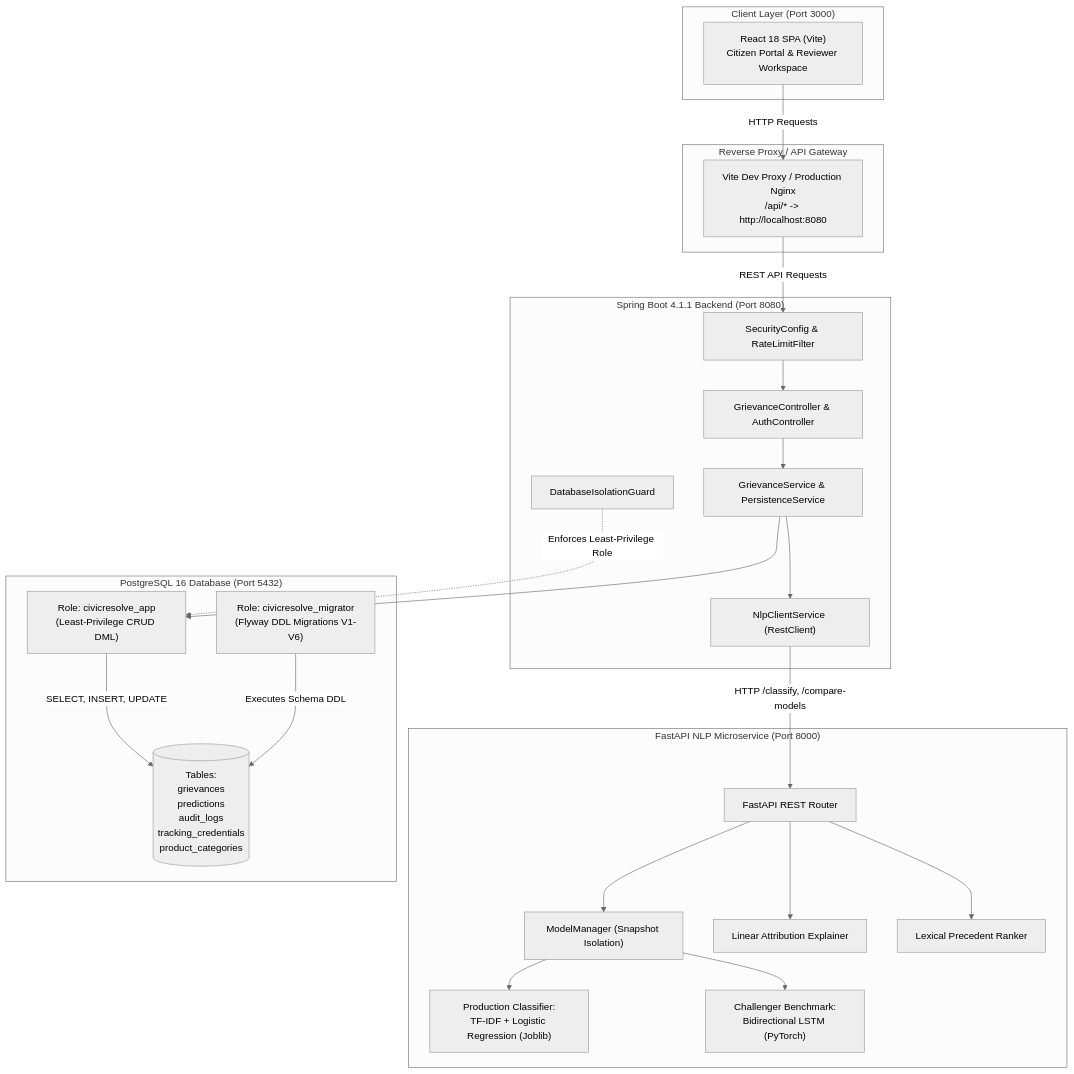
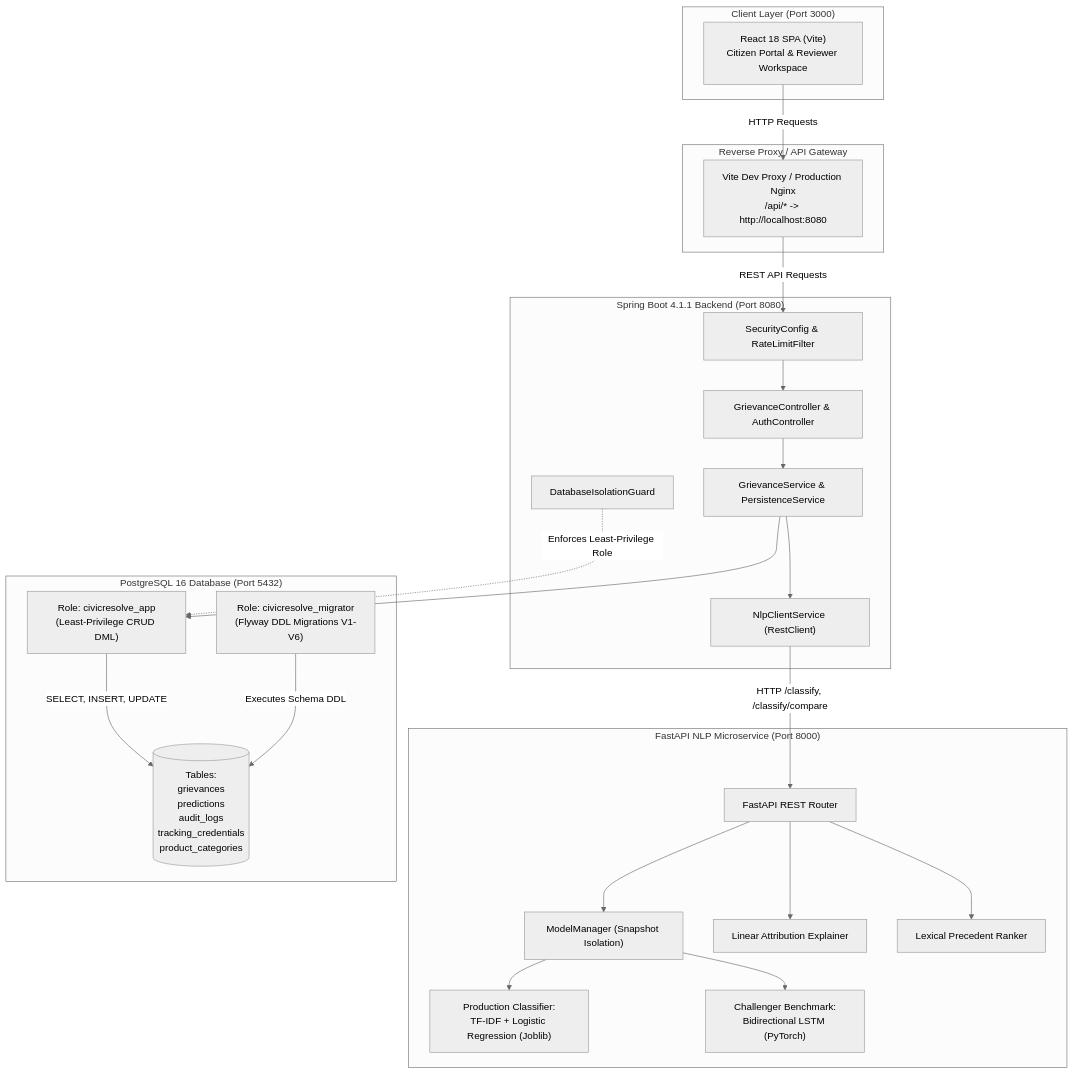
One commit to Gaurav-Ojha65/CivicResolveAI changed the diagram in README.md. Above: the diagram before and after it, drawn with Mermaid (neutral theme). The commit also changed other lines of this file and 31 other files, not shown here.

````diff
--- a/README.md
+++ b/README.md
@@ -93,60 +93,60 @@
 ```mermaid
 flowchart TD
     subgraph ClientLayer ["Client Layer (Port 3000)"]
         Browser["React 18 SPA (Vite)
 Citizen Portal & Reviewer Workspace"]
     end
 
     subgraph GatewayLayer ["Reverse Proxy / API Gateway"]
         Proxy["Vite Dev Proxy / Production Nginx
 /api/* -> http://localhost:8080"]
     end
 
     subgraph BackendLayer ["Spring Boot 4.1.1 Backend (Port 8080)"]
         SecurityFilter["SecurityConfig & RateLimitFilter"]
         GrievanceCtrl["GrievanceController & AuthController"]
         GrievanceSvc["GrievanceService & PersistenceService"]
         NlpClient["NlpClientService (RestClient)"]
         DbGuard["DatabaseIsolationGuard"]
     end
 
     subgraph NlpLayer ["FastAPI NLP Microservice (Port 8000)"]
         FastAPIApp["FastAPI REST Router"]
         ModelMgr["ModelManager (Snapshot Isolation)"]
         BaselineModel["Production Classifier:
 TF-IDF + Logistic Regression (Joblib)"]
         ChallengerModel["Challenger Benchmark:
 Bidirectional LSTM (PyTorch)"]
         AttributionEng["Linear Attribution Explainer"]
         PrecedentEng["Lexical Precedent Ranker"]
     end
 
     subgraph DataLayer ["PostgreSQL 16 Database (Port 5432)"]
         MigratorRole["Role: civicresolve_migrator
 (Flyway DDL Migrations V1-V6)"]
         AppRole["Role: civicresolve_app
 (Least-Privilege CRUD DML)"]
         DbTables[("Tables:
 grievances
 predictions
 audit_logs
 tracking_credentials
 product_categories")]
     end
 
     Browser -->|HTTP Requests| Proxy
     Proxy -->|REST API Requests| SecurityFilter
     SecurityFilter --> GrievanceCtrl
     GrievanceCtrl --> GrievanceSvc
     GrievanceSvc --> NlpClient
     GrievanceSvc --> AppRole
     DbGuard -.->|Enforces Least-Privilege Role| AppRole
     MigratorRole -->|Executes Schema DDL| DbTables
     AppRole -->|SELECT, INSERT, UPDATE| DbTables
-    NlpClient -->|HTTP /classify, /compare-models| FastAPIApp
+    NlpClient -->|HTTP /classify, /classify/compare| FastAPIApp
     FastAPIApp --> ModelMgr
     ModelMgr --> BaselineModel
     ModelMgr --> ChallengerModel
     FastAPIApp --> AttributionEng
     FastAPIApp --> PrecedentEng
 ```
````
